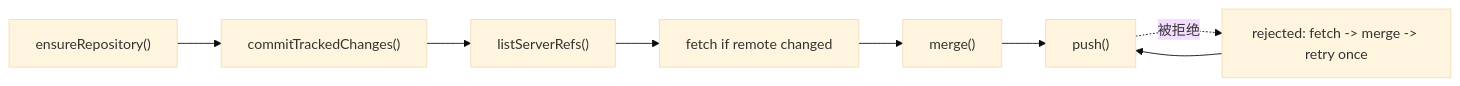
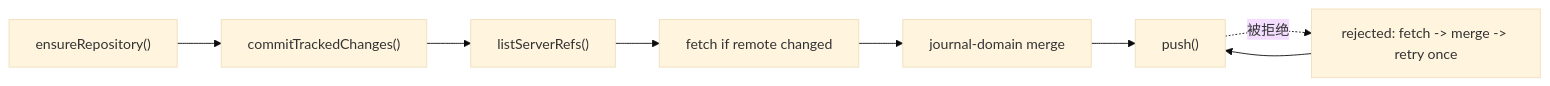
Before and after one commit to nazhenhuiyi/journal: the fifth of 6 diagrams in docs/product/Git 同步机制.md, drawn with Mermaid (base theme). The commit also changed other lines of this file and 42 other files, not shown here.

````diff
--- a/docs/product/Git 同步机制.md
+++ b/docs/product/Git 同步机制.md
@@ -220,13 +232,13 @@
 ```mermaid
 flowchart LR
   ensure["ensureRepository()"]
   commit["commitTrackedChanges()"]
   refs["listServerRefs()"]
   fetch["fetch if remote changed"]
-  merge["merge()"]
+  merge["journal-domain merge"]
   push["push()"]
   retry["rejected: fetch -> merge -> retry once"]
 
   ensure --> commit --> refs --> fetch --> merge --> push
   push -. 被拒绝 .-> retry --> push
 ```
````
